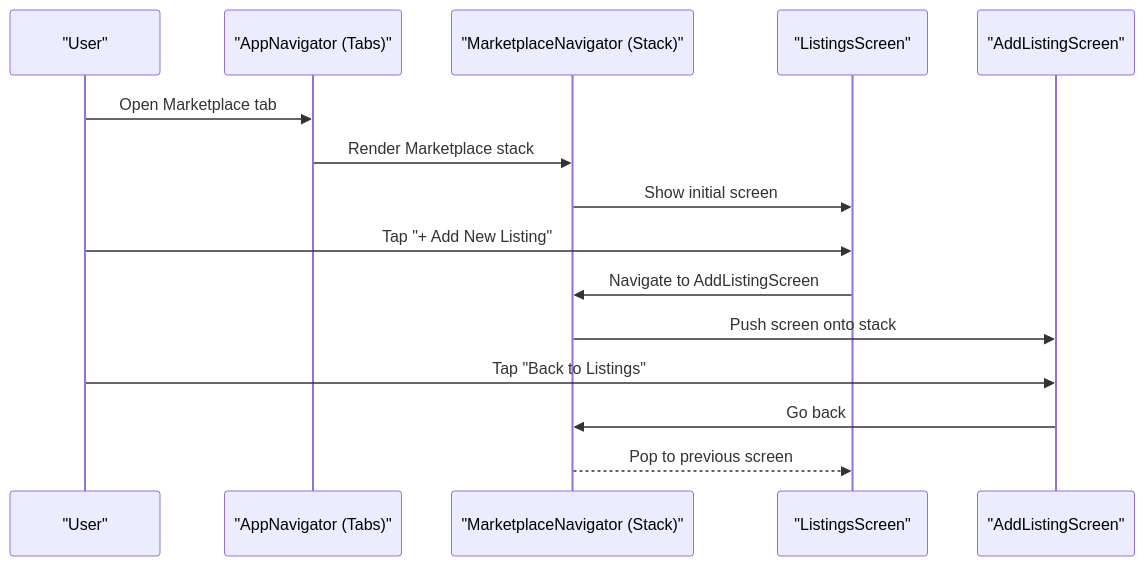
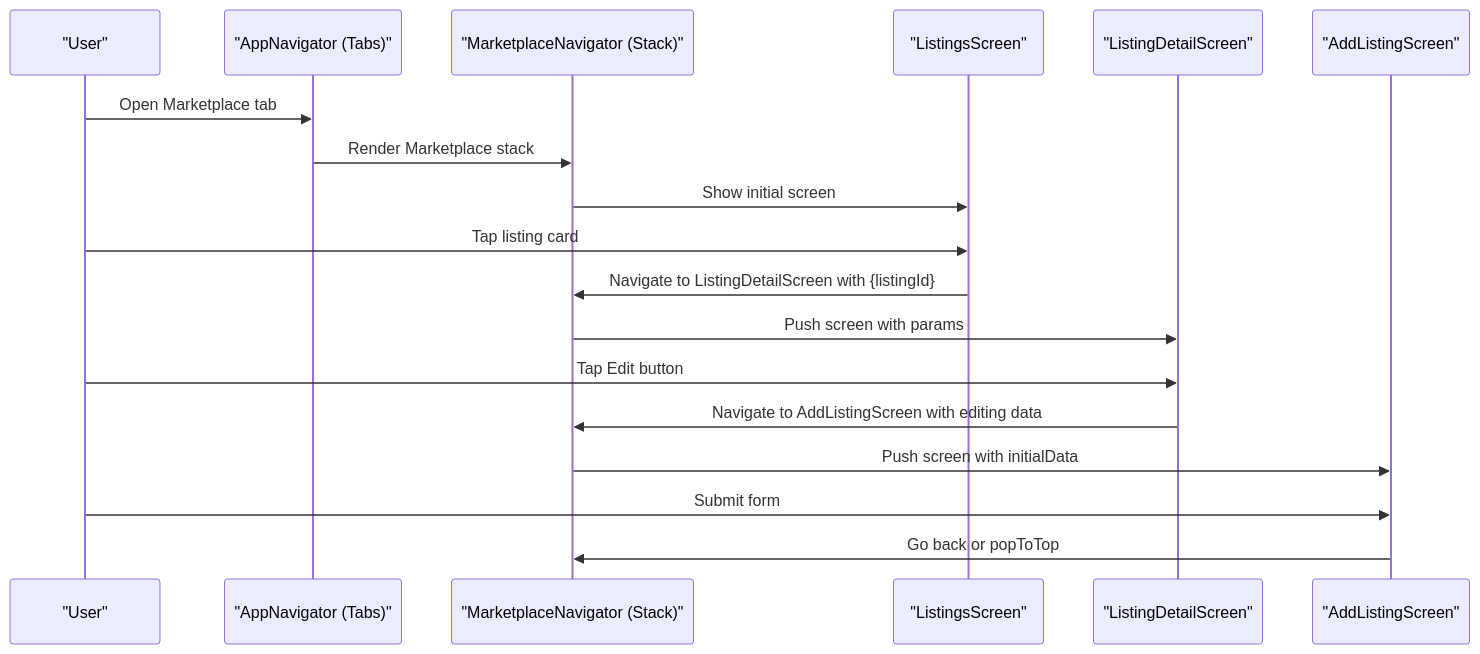
The second of 5 diagrams in .qoder/repowiki/en/content/Marketplace Feature/Marketplace Navigation.md (Aiman-Naeem/KisaanDost_AI_hackathon_Pakistan), drawn with Mermaid before and after one commit. The commit also changed other lines of this file and 42 other files, not shown here.

Commit message:
Day 2: farmer identity persistence, voice UX polish, listing detail/edit/call, shared design system, QA pass

````diff
--- a/.qoder/repowiki/en/content/Marketplace Feature/Marketplace Navigation.md
+++ b/.qoder/repowiki/en/content/Marketplace Feature/Marketplace Navigation.md
@@ -77,17 +97,20 @@
 ```mermaid
 sequenceDiagram
 participant User as "User"
 participant TabNav as "AppNavigator (Tabs)"
 participant StackNav as "MarketplaceNavigator (Stack)"
 participant ListScr as "ListingsScreen"
+participant DetailScr as "ListingDetailScreen"
 participant AddScr as "AddListingScreen"
 User->>TabNav : Open Marketplace tab
 TabNav->>StackNav : Render Marketplace stack
 StackNav->>ListScr : Show initial screen
-User->>ListScr : Tap "+ Add New Listing"
-ListScr->>StackNav : Navigate to AddListingScreen
-StackNav->>AddScr : Push screen onto stack
-User->>AddScr : Tap "Back to Listings"
-AddScr->>StackNav : Go back
-StackNav-->>ListScr : Pop to previous screen
+User->>ListScr : Tap listing card
+ListScr->>StackNav : Navigate to ListingDetailScreen with {listingId}
+StackNav->>DetailScr : Push screen with params
+User->>DetailScr : Tap Edit button
+DetailScr->>StackNav : Navigate to AddListingScreen with editing data
+StackNav->>AddScr : Push screen with initialData
+User->>AddScr : Submit form
+AddScr->>StackNav : Go back or popToTop
 ```
````
